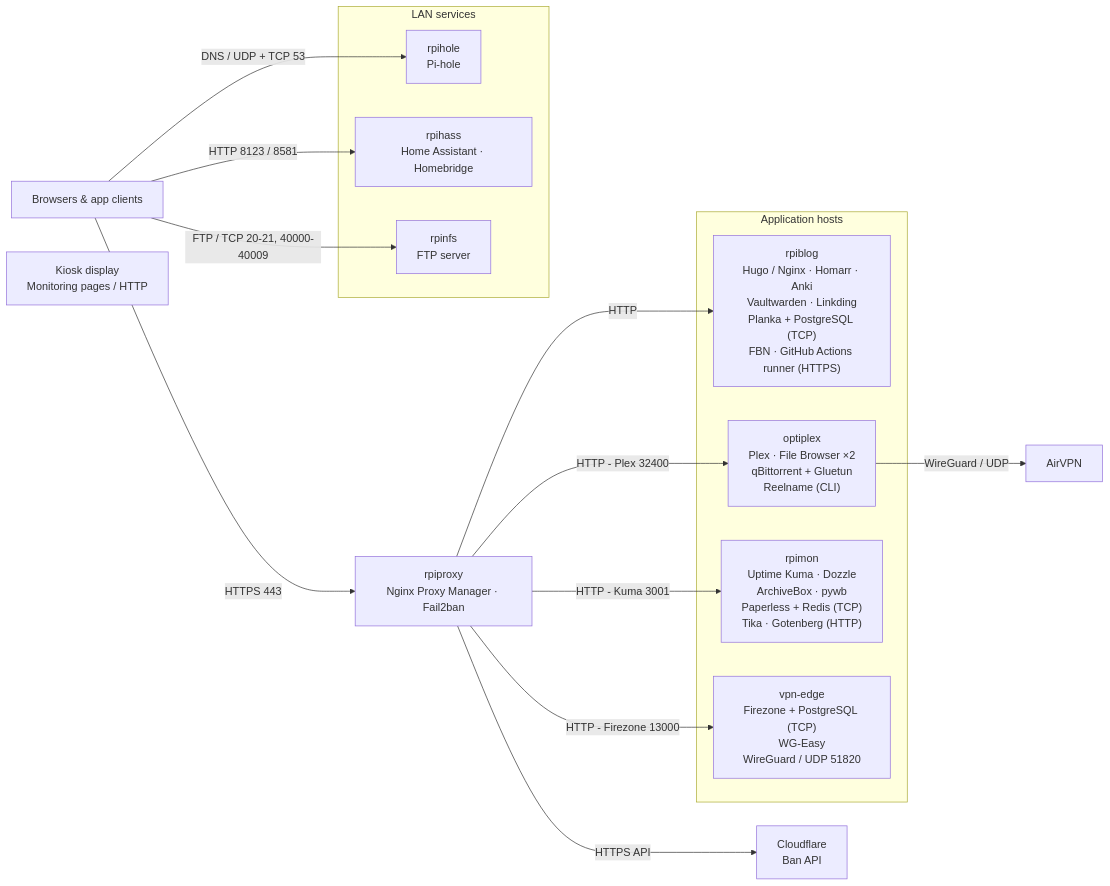
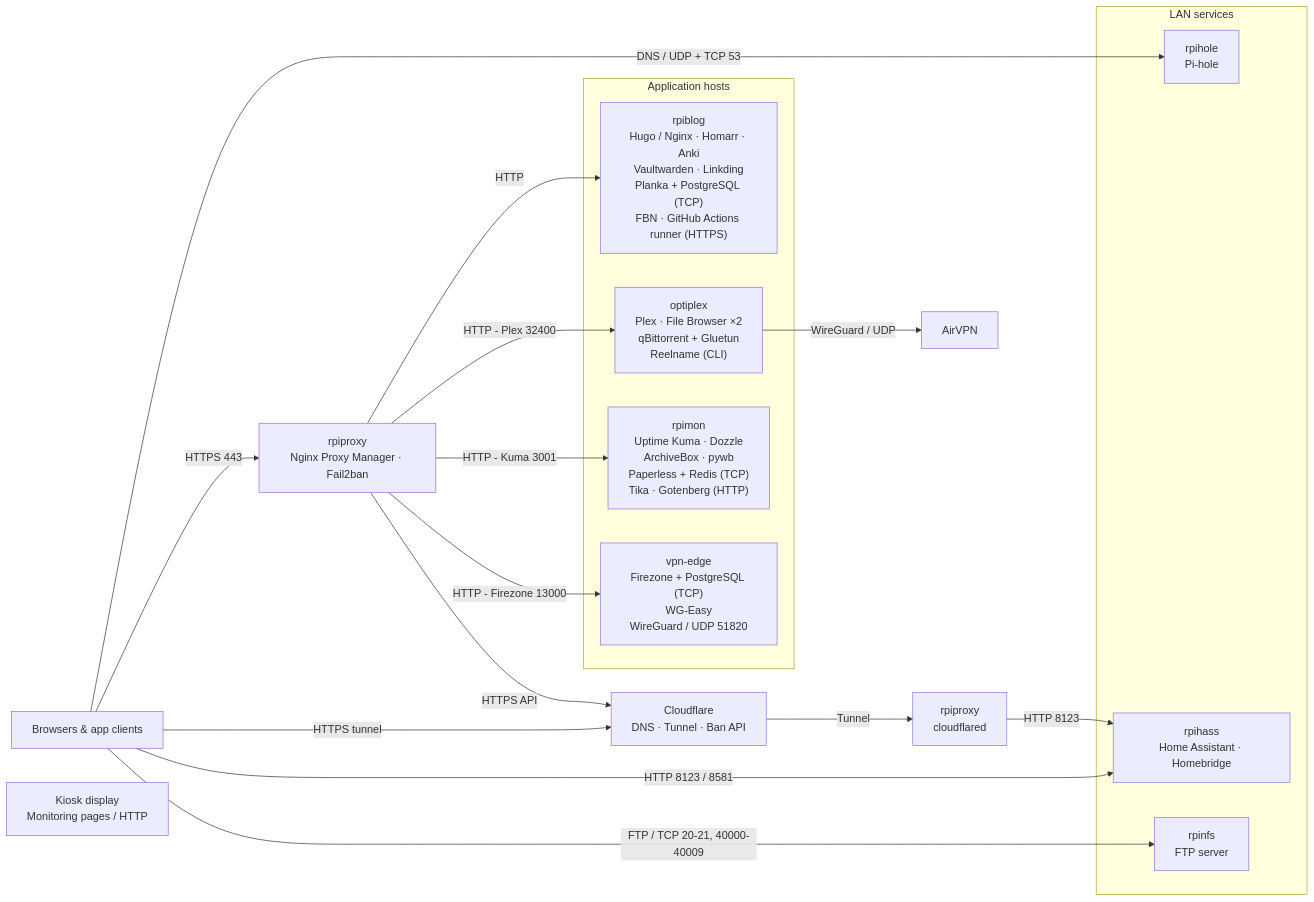
Before and after one commit to viseshrp/homelab: the diagram in README.md, drawn with Mermaid. The commit also changed other lines of this file and 16 other files, not shown here.

Commit message:
Add Home Assistant tunnel and HACS setup

````diff
--- a/README.md
+++ b/README.md
@@ -9,33 +9,37 @@
 ```mermaid
 flowchart LR
     clients["Browsers & app clients"]
     proxy["rpiproxy<br/>Nginx Proxy Manager · Fail2ban"]
 
     subgraph hosts["Application hosts"]
         web["rpiblog<br/>Hugo / Nginx · Homarr · Anki<br/>Vaultwarden · Linkding<br/>Planka + PostgreSQL (TCP)<br/>FBN · GitHub Actions runner (HTTPS)"]
         media["optiplex<br/>Plex · File Browser ×2<br/>qBittorrent + Gluetun<br/>Reelname (CLI)"]
         monitor["rpimon<br/>Uptime Kuma · Dozzle<br/>ArchiveBox · pywb<br/>Paperless + Redis (TCP)<br/>Tika · Gotenberg (HTTP)"]
         vpn["vpn-edge<br/>Firezone + PostgreSQL (TCP)<br/>WG-Easy<br/>WireGuard / UDP 51820"]
     end
 
     subgraph lan["LAN services"]
         dns["rpihole<br/>Pi-hole"]
         home["rpihass<br/>Home Assistant · Homebridge"]
         ftp["rpinfs<br/>FTP server"]
     end
 
-    cloudflare["Cloudflare<br/>Ban API"]
+    cloudflare["Cloudflare<br/>DNS · Tunnel · Ban API"]
+    tunnel["rpiproxy<br/>cloudflared"]
     airvpn["AirVPN"]
     tools["Kiosk display<br/>Monitoring pages / HTTP"]
 
     clients -->|"HTTPS 443"| proxy
     proxy -->|"HTTP"| web
     proxy -->|"HTTP - Plex 32400"| media
     proxy -->|"HTTP - Kuma 3001"| monitor
     proxy -->|"HTTP - Firezone 13000"| vpn
     proxy -->|"HTTPS API"| cloudflare
+    clients -->|"HTTPS tunnel"| cloudflare
+    cloudflare -->|"Tunnel"| tunnel
+    tunnel -->|"HTTP 8123"| home
     media -->|"WireGuard / UDP"| airvpn
     clients -->|"DNS / UDP + TCP 53"| dns
     clients -->|"HTTP 8123 / 8581"| home
     clients -->|"FTP / TCP 20-21, 40000-40009"| ftp
 ```
````
